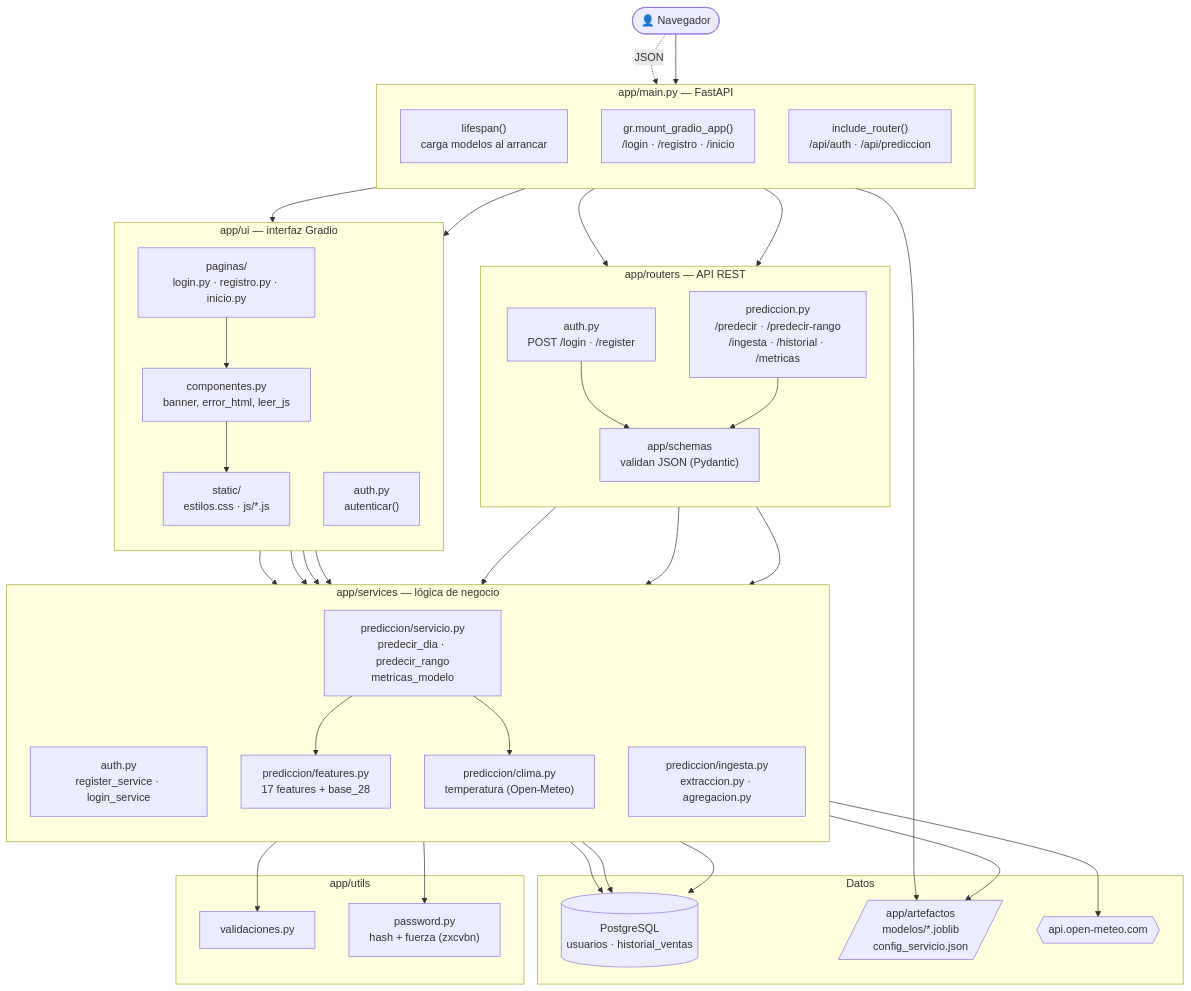
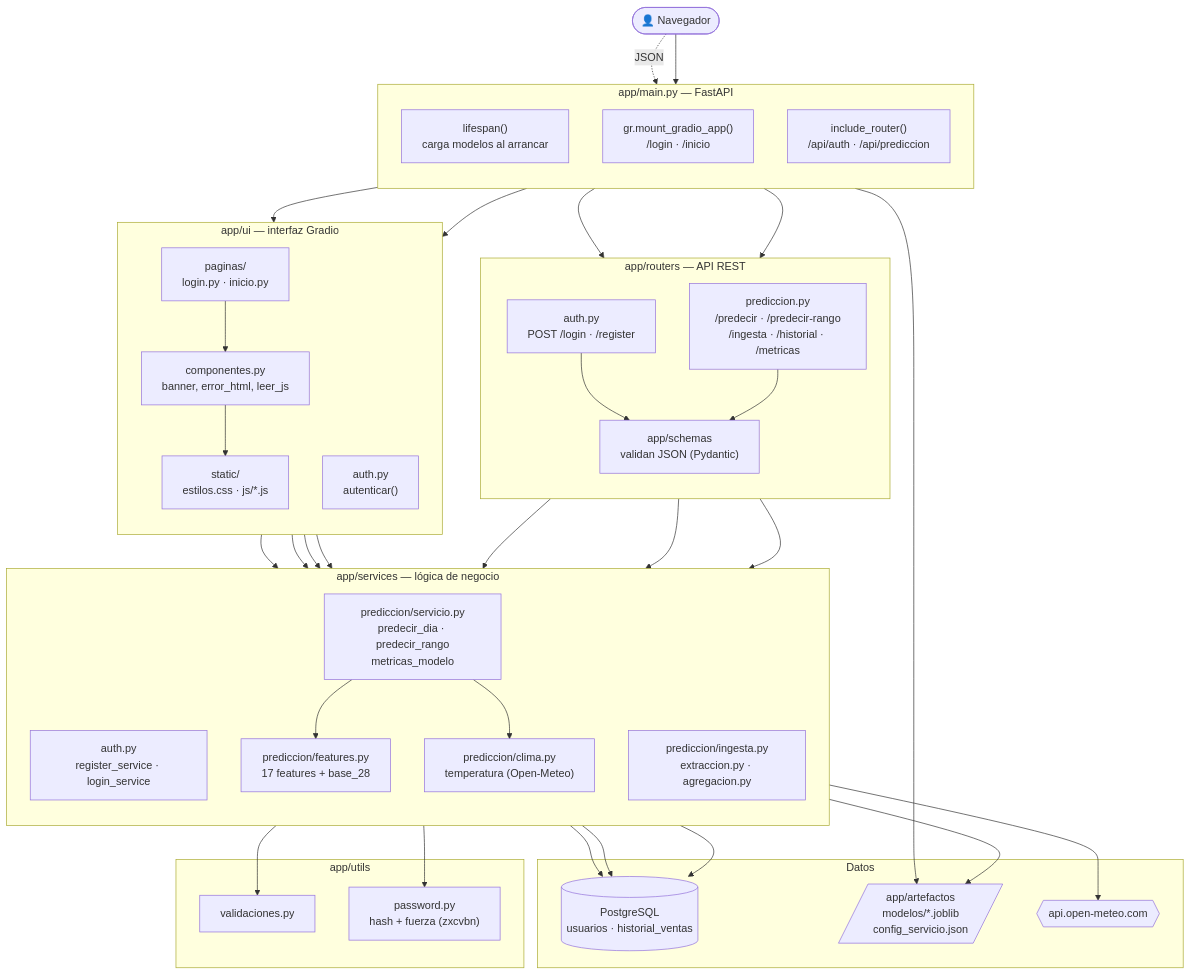
One commit to alhexmbs/tesis-backend changed the first of 6 diagrams in docs/arquitectura.md. Above: the diagram before and after it, drawn with Mermaid. The commit also changed other lines of this file and 9 other files, not shown here.

````diff
--- a/docs/arquitectura.md
+++ b/docs/arquitectura.md
@@ -22,66 +22,66 @@
 ```mermaid
 flowchart TB
     usuario(["👤 Navegador"])
 
     subgraph MAIN["app/main.py — FastAPI"]
         direction TB
         lifespan["lifespan()<br/>carga modelos al arrancar"]
-        mount["gr.mount_gradio_app()<br/>/login · /registro · /inicio"]
+        mount["gr.mount_gradio_app()<br/>/login · /inicio"]
         routers["include_router()<br/>/api/auth · /api/prediccion"]
     end
 
     subgraph UI["app/ui — interfaz Gradio"]
         direction TB
-        paginas["paginas/<br/>login.py · registro.py · inicio.py"]
+        paginas["paginas/<br/>login.py · inicio.py"]
         comp["componentes.py<br/>banner, error_html, leer_js"]
         uiauth["auth.py<br/>autenticar()"]
         static["static/<br/>estilos.css · js/*.js"]
     end
 
     subgraph API["app/routers — API REST"]
         direction TB
         rauth["auth.py<br/>POST /login · /register"]
         rpred["prediccion.py<br/>/predecir · /predecir-rango<br/>/ingesta · /historial · /metricas"]
         schemas["app/schemas<br/>validan JSON (Pydantic)"]
     end
 
     subgraph SERV["app/services — lógica de negocio"]
         direction TB
         sauth["auth.py<br/>register_service · login_service"]
         spred["prediccion/servicio.py<br/>predecir_dia · predecir_rango<br/>metricas_modelo"]
         etl["prediccion/ingesta.py<br/>extraccion.py · agregacion.py"]
         feat["prediccion/features.py<br/>17 features + base_28"]
         clima["prediccion/clima.py<br/>temperatura (Open-Meteo)"]
     end
 
     subgraph UTIL["app/utils"]
         valid["validaciones.py"]
         pwd["password.py<br/>hash + fuerza (zxcvbn)"]
     end
 
     subgraph DATOS["Datos"]
         db[("PostgreSQL<br/>usuarios · historial_ventas")]
         art[/"app/artefactos<br/>modelos/*.joblib<br/>config_servicio.json"/]
         meteo{{"api.open-meteo.com"}}
     end
 
     usuario --> mount
     usuario -. "JSON" .-> routers
     mount --> paginas
     paginas --> comp --> static
     mount --> uiauth
     routers --> rauth & rpred
     rauth & rpred --> schemas
 
     paginas --> sauth & spred & etl
     uiauth --> sauth
     rauth --> sauth
     rpred --> spred & etl
 
     sauth --> valid & pwd
     spred --> feat & clima
     sauth & spred & etl --> db
     lifespan --> art
     spred --> art
     clima --> meteo
 ```
````
